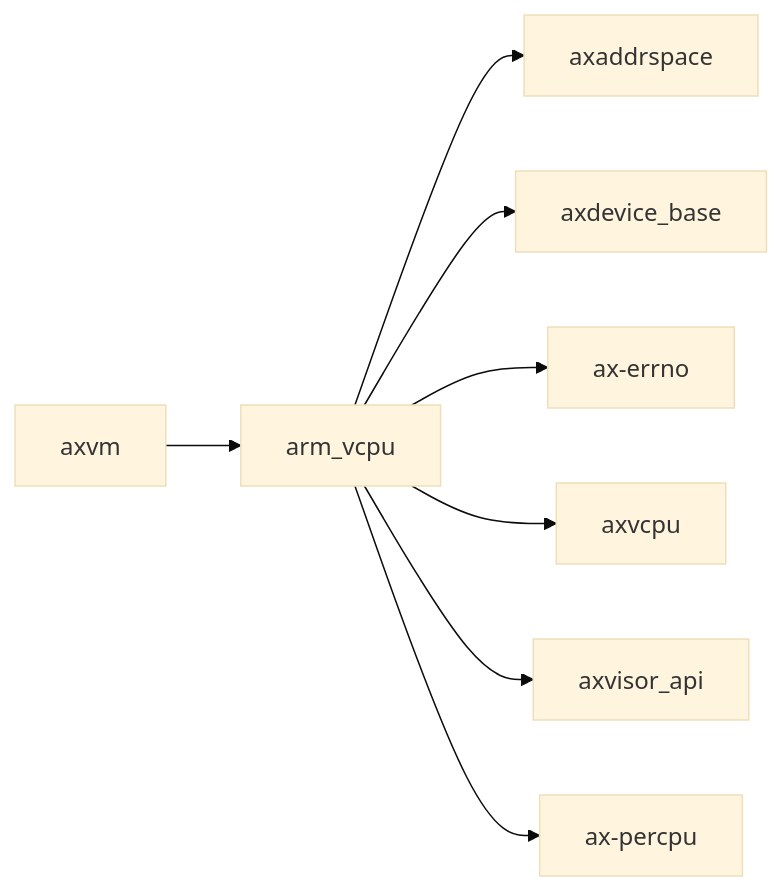
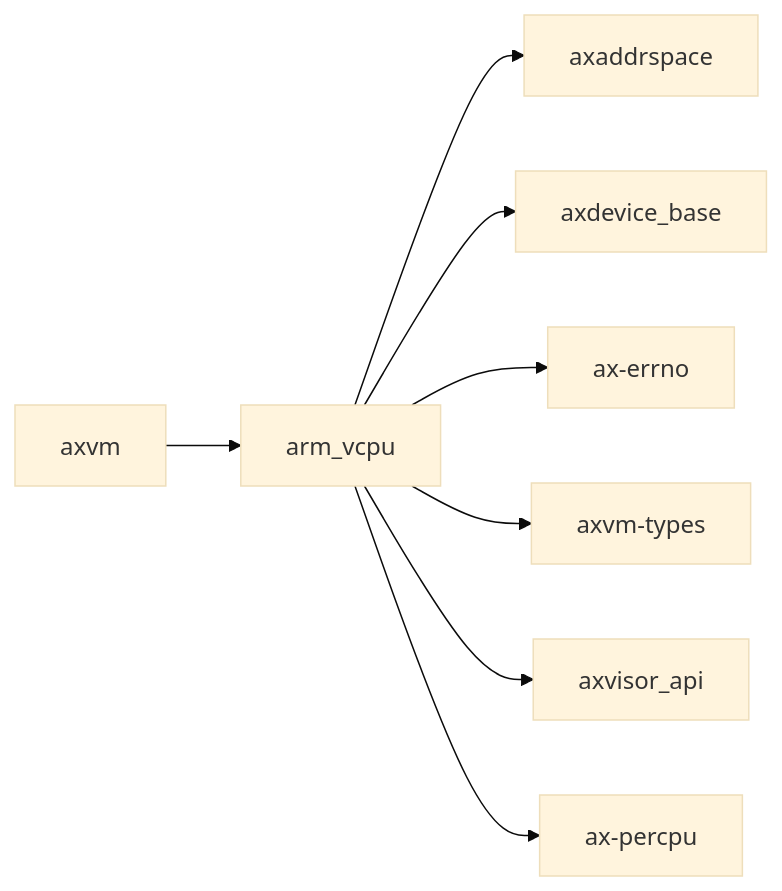
The third of 3 diagrams in docs/docs/components/crates/arm-vcpu.md (rcore-os/tgoskits), drawn with Mermaid (base theme) before and after one commit. The commit also changed other lines of this file and 79 other files, not shown here.

````diff
--- a/docs/docs/components/crates/arm-vcpu.md
+++ b/docs/docs/components/crates/arm-vcpu.md
@@ -225,11 +225,11 @@
 ```mermaid
 graph LR
     current["arm_vcpu"]
     current --> axaddrspace["axaddrspace"]
     current --> axdevice_base["axdevice_base"]
     current --> ax_errno["ax-errno"]
-    current --> axvcpu["axvcpu"]
+    current --> axvm_types["axvm-types"]
     current --> axvisor_api["axvisor_api"]
     current --> ax-percpu["ax-percpu"]
     axvm["axvm"] --> current
 ```
````
